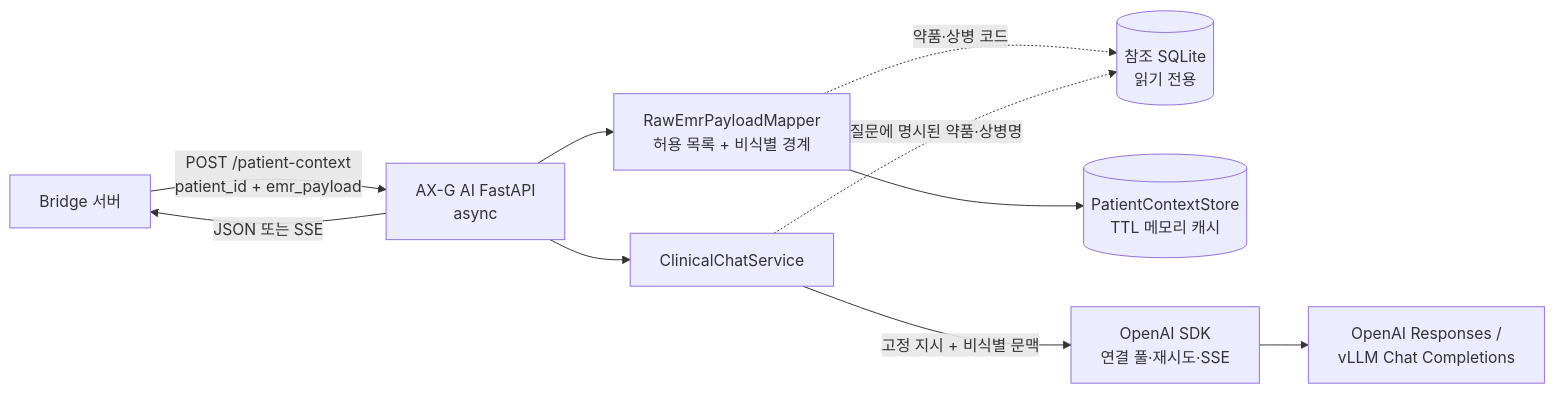
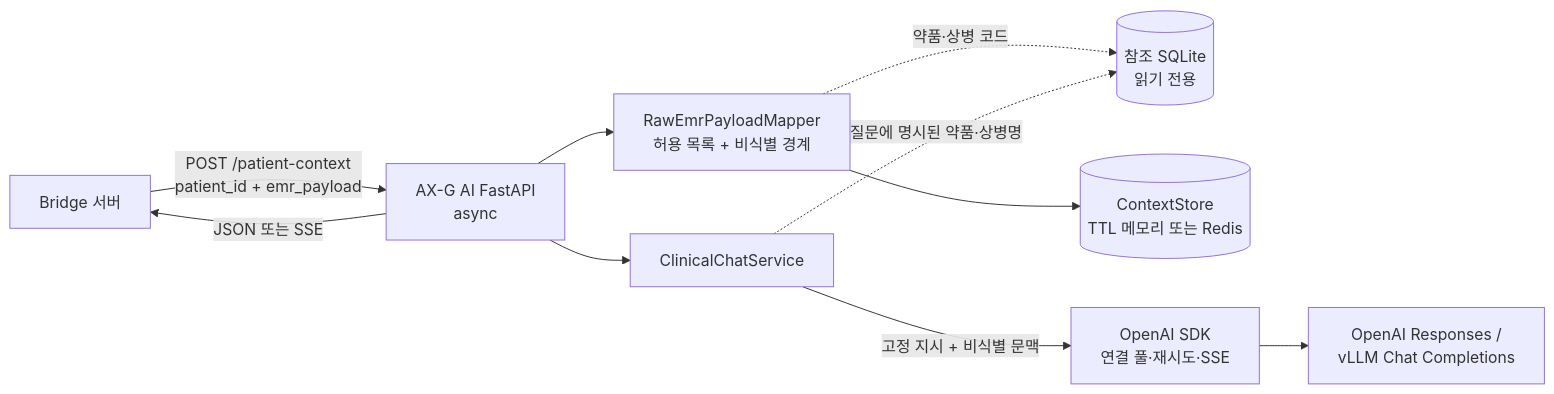
The first of 3 diagrams in docs/current_architecture.md (alden-main/AX_G_AI), drawn with Mermaid before and after one commit. The commit also changed other lines of this file and 11 other files, not shown here.

````diff
--- a/docs/current_architecture.md
+++ b/docs/current_architecture.md
@@ -13,12 +13,12 @@
 ```mermaid
 flowchart LR
     Bridge[Bridge 서버] -->|POST /patient-context\npatient_id + emr_payload| API[AX-G AI FastAPI\nasync]
     API --> Mapper[RawEmrPayloadMapper\n허용 목록 + 비식별 경계]
     Mapper -.약품·상병 코드.-> Ref[(참조 SQLite\n읽기 전용)]
-    Mapper --> Store[(PatientContextStore\nTTL 메모리 캐시)]
+    Mapper --> Store[(ContextStore\nTTL 메모리 또는 Redis)]
     API --> Chat[ClinicalChatService]
     Chat -.질문에 명시된 약품·상병명.-> Ref
     Chat -->|고정 지시 + 비식별 문맥| SDK[OpenAI SDK\n연결 풀·재시도·SSE]
     SDK --> Provider[OpenAI Responses /\nvLLM Chat Completions]
     API -->|JSON 또는 SSE| Bridge
 ```
````
